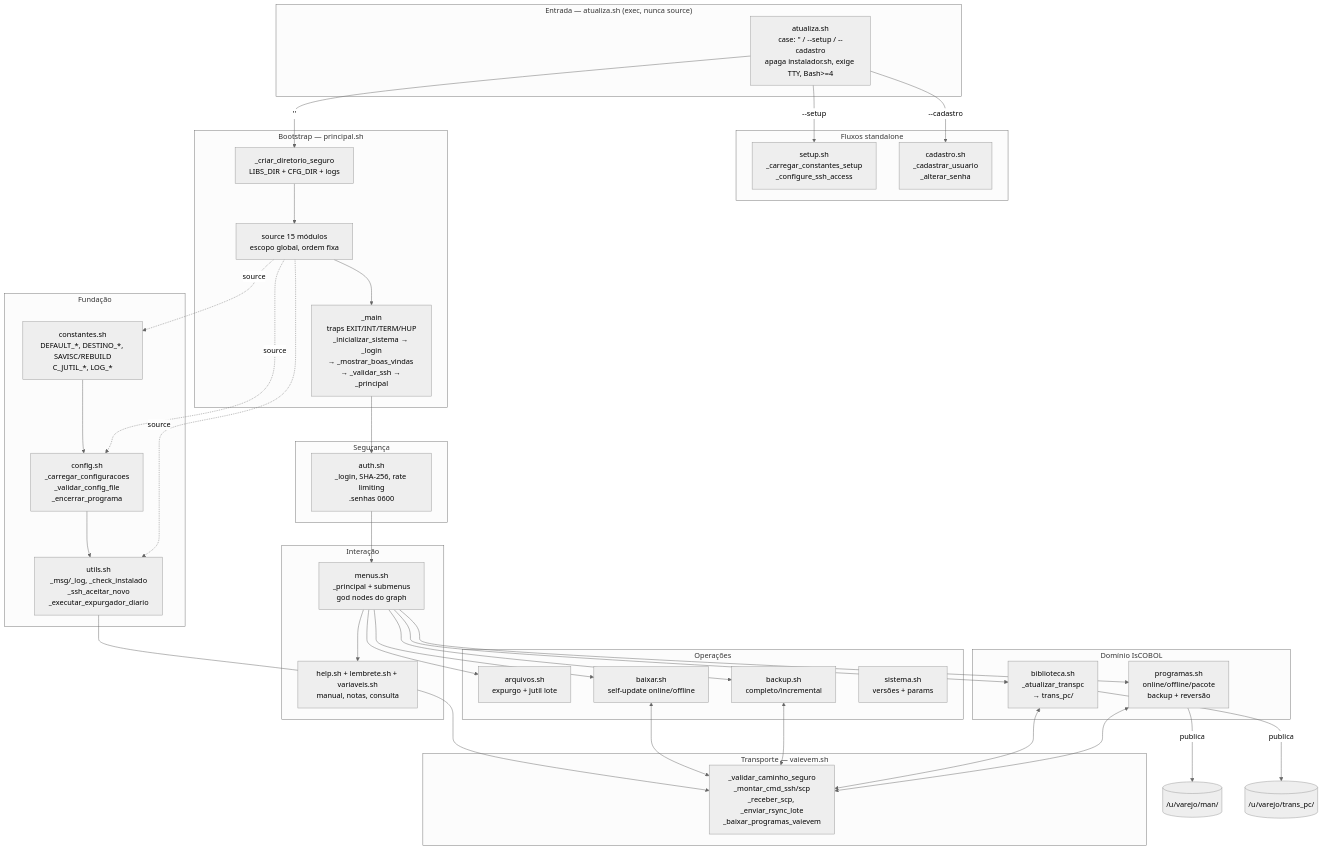
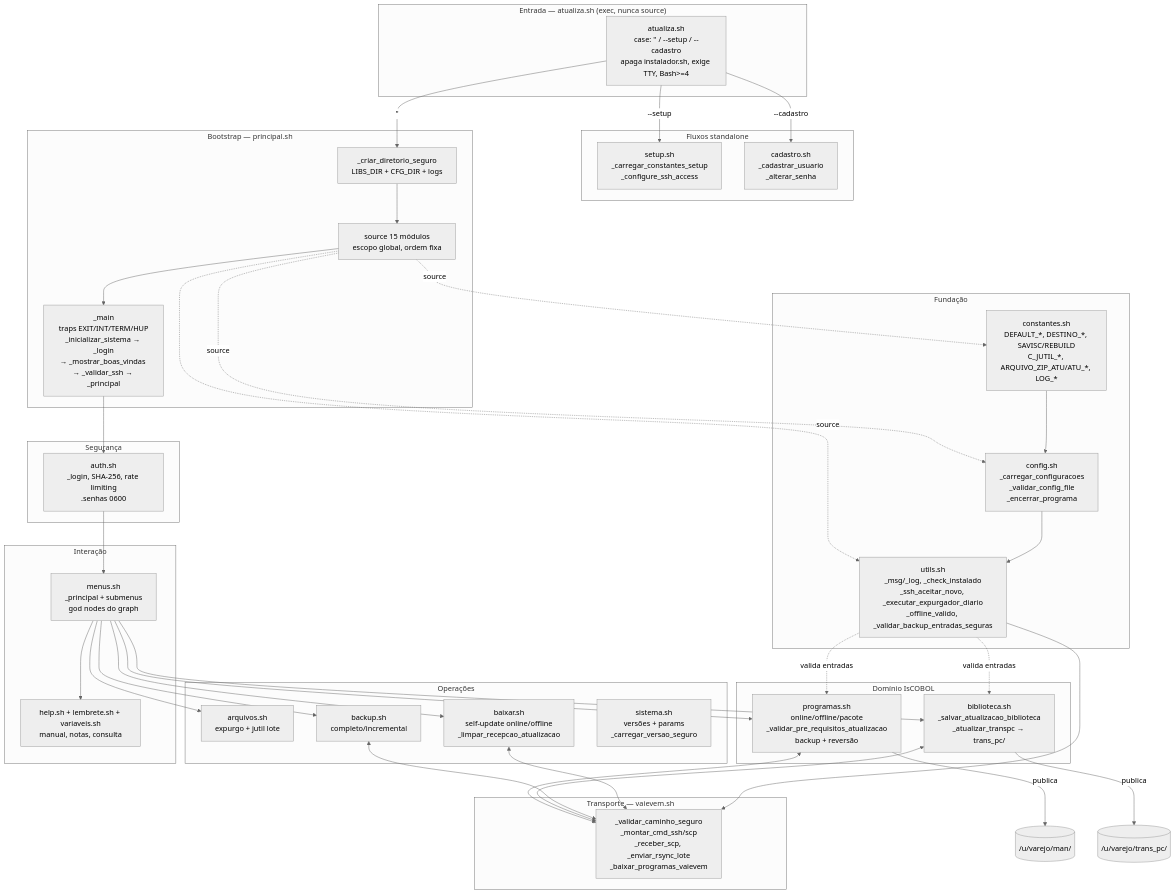
One commit to Luizaugusto1962/Atualiza changed the diagram in ARCHITECTURE.md. Above: the diagram before and after it, drawn with Mermaid (neutral theme). The commit also changed other lines of this file, not shown here.

````diff
--- a/ARCHITECTURE.md
+++ b/ARCHITECTURE.md
@@ -94,65 +193,67 @@
 ```mermaid
 flowchart TB
     subgraph Entry["Entrada — atualiza.sh (exec, nunca source)"]
         A[atualiza.sh<br/>case: '' / --setup / --cadastro<br/>apaga instalador.sh, exige TTY, Bash>=4]
     end
 
     subgraph Standalone["Fluxos standalone"]
         S[setup.sh<br/>_carregar_constantes_setup<br/>_configure_ssh_access]
         C[cadastro.sh<br/>_cadastrar_usuario<br/>_alterar_senha]
     end
 
     subgraph Bootstrap["Bootstrap — principal.sh"]
         P1[_criar_diretorio_seguro<br/>LIBS_DIR + CFG_DIR + logs]
         P2[source 15 módulos<br/>escopo global, ordem fixa]
         P3[_main<br/>traps EXIT/INT/TERM/HUP<br/>_inicializar_sistema → _login<br/>→ _mostrar_boas_vindas → _validar_ssh → _principal]
     end
 
     subgraph Fundacao["Fundação"]
-        K[constantes.sh<br/>DEFAULT_*, DESTINO_*, SAVISC/REBUILD<br/>C_JUTIL_*, LOG_*]
+        K[constantes.sh<br/>DEFAULT_*, DESTINO_*, SAVISC/REBUILD<br/>C_JUTIL_*, ARQUIVO_ZIP_ATU/ATU_*, LOG_*]
         CFG[config.sh<br/>_carregar_configuracoes<br/>_validar_config_file<br/>_encerrar_programa]
-        U[utils.sh<br/>_msg/_log, _check_instalado<br/>_ssh_aceitar_novo<br/>_executar_expurgador_diario]
+        U[utils.sh<br/>_msg/_log, _check_instalado<br/>_ssh_aceitar_novo, _executar_expurgador_diario<br/>_offline_valido, _validar_backup_entradas_seguras]
     end
 
     subgraph Seguranca["Segurança"]
         AUTH[auth.sh<br/>_login, SHA-256, rate limiting<br/>.senhas 0600]
     end
 
     subgraph Transporte["Transporte — vaievem.sh"]
         V[_validar_caminho_seguro<br/>_montar_cmd_ssh/scp<br/>_receber_scp, _enviar_rsync_lote<br/>_baixar_programas_vaievem]
     end
 
     subgraph Dominio["Domínio IsCOBOL"]
-        PRG[programas.sh<br/>online/offline/pacote<br/>backup + reversão]
-        BIB[biblioteca.sh<br/>_atualizar_transpc<br/>→ trans_pc/]
+        PRG[programas.sh<br/>online/offline/pacote<br/>_validar_pre_requisitos_atualizacao<br/>backup + reversão]
+        BIB[biblioteca.sh<br/>_salvar_atualizacao_biblioteca<br/>_atualizar_transpc → trans_pc/]
     end
 
     subgraph Ops["Operações"]
         ARQ[arquivos.sh<br/>expurgo + jutil lote]
         BKP[backup.sh<br/>completo/incremental]
-        BX[baixar.sh<br/>self-update online/offline]
-        SIS[sistema.sh<br/>versões + params]
+        BX[baixar.sh<br/>self-update online/offline<br/>_limpar_recepcao_atualizacao]
+        SIS[sistema.sh<br/>versões + params<br/>_carregar_versao_seguro]
     end
 
     subgraph UI["Interação"]
         M[menus.sh<br/>_principal + submenus<br/>god nodes do graph]
         H[help.sh + lembrete.sh + variaveis.sh<br/>manual, notas, consulta]
     end
 
     A -->|"''"| P1
     A -->|"--setup"| S
     A -->|"--cadastro"| C
     P1 --> P2 --> P3
     P2 -. source .-> K
     P2 -. source .-> CFG
     P2 -. source .-> U
     P3 --> AUTH --> M
     M --> PRG & BIB & BKP & ARQ & BX & H
     PRG <--> V
     BIB <--> V
     BKP <--> V
     BX <--> V
     PRG -->|publica| DEST1[(/u/varejo/man/)]
     BIB -->|publica| DEST2[(/u/varejo/trans_pc/)]
     K --> CFG --> U --> V
+    U -.->|valida entradas| PRG
+    U -.->|valida entradas| BIB
 ```
````
